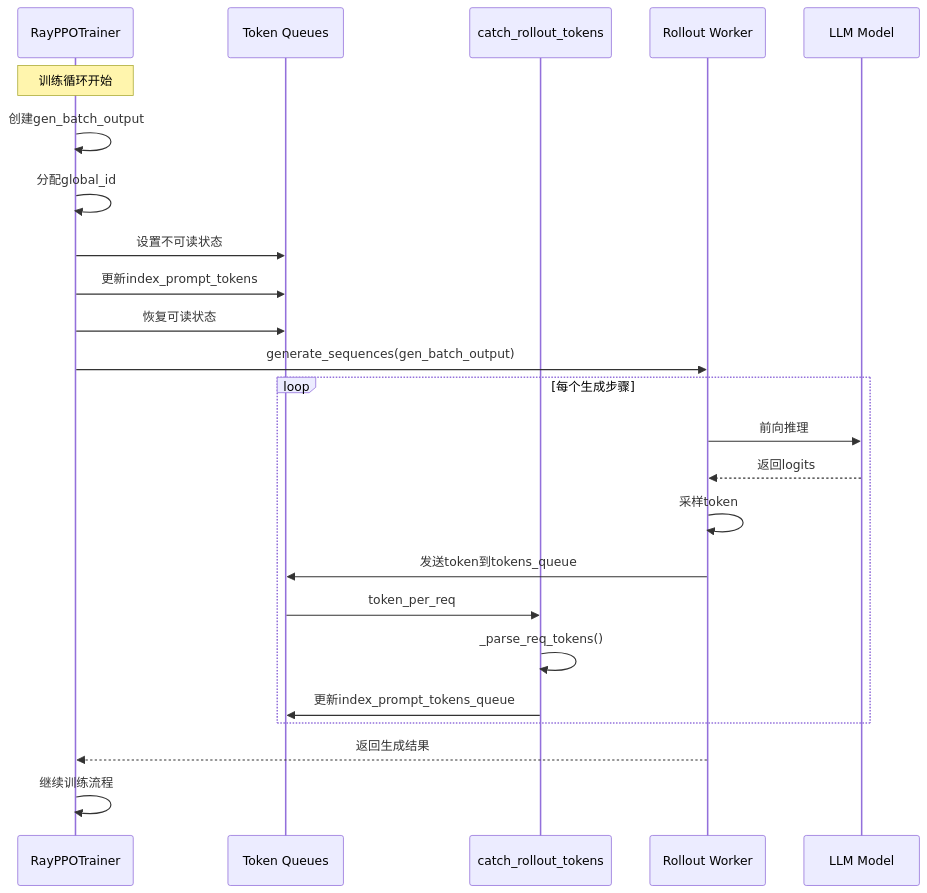
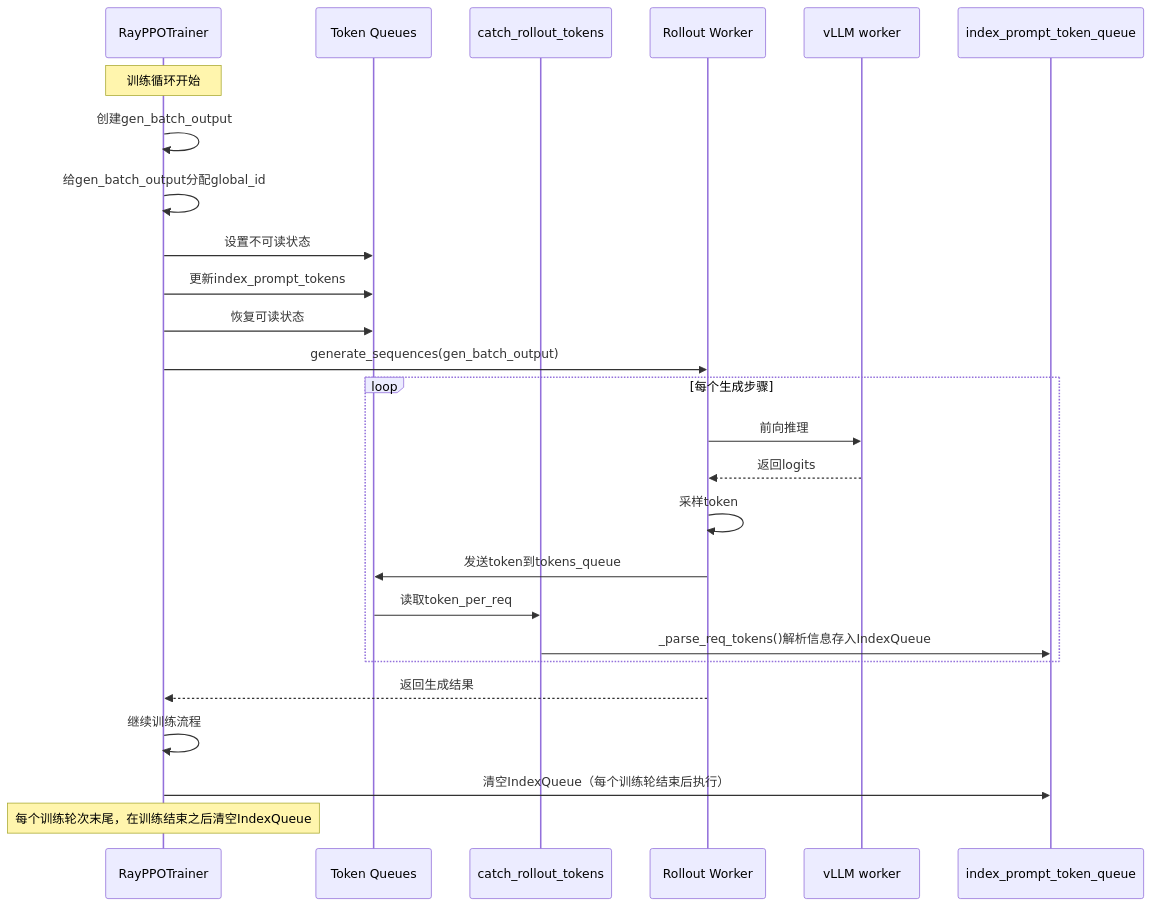
The third of 5 diagrams in docs/advance/token_continuation_and_recovery.md (Li-Yongwen/verl-ras), drawn with Mermaid before and after one commit. The commit also changed other lines of this file and 1 other file, not shown here.

Commit message:
revise: add init_req_token_queue_with_prompts

````diff
--- a/docs/advance/token_continuation_and_recovery.md
+++ b/docs/advance/token_continuation_and_recovery.md
@@ -583,30 +583,31 @@
 ```mermaid
 sequenceDiagram
     participant Trainer as RayPPOTrainer
     participant Queue as Token Queues
     participant Catch as catch_rollout_tokens
     participant Worker as Rollout Worker
-    participant Model as LLM Model
-    
+    participant Model as vLLM worker
+    participant IndexQueue as index_prompt_token_queue
+
     Note over Trainer: 训练循环开始
     Trainer->>Trainer: 创建gen_batch_output
-    Trainer->>Trainer: 分配global_id
+    Trainer->>Trainer: 给gen_batch_output分配global_id
     Trainer->>Queue: 设置不可读状态
     Trainer->>Queue: 更新index_prompt_tokens
     Trainer->>Queue: 恢复可读状态
-    
     Trainer->>Worker: generate_sequences(gen_batch_output)
-    
+
     loop 每个生成步骤
         Worker->>Model: 前向推理
         Model-->>Worker: 返回logits
         Worker->>Worker: 采样token
         Worker->>Queue: 发送token到tokens_queue
-        Queue->>Catch: token_per_req
-        Catch->>Catch: _parse_req_tokens()
-        Catch->>Queue: 更新index_prompt_tokens_queue
+        Queue->>Catch: 读取token_per_req
+        Catch->>IndexQueue: _parse_req_tokens()解析信息存入IndexQueue
     end
-    
+
     Worker-->>Trainer: 返回生成结果
     Trainer->>Trainer: 继续训练流程
+    Trainer->>IndexQueue: 清空IndexQueue（每个训练轮结束后执行）
+    Note over Trainer: 每个训练轮次末尾，在训练结束之后清空IndexQueue
 ```
````
